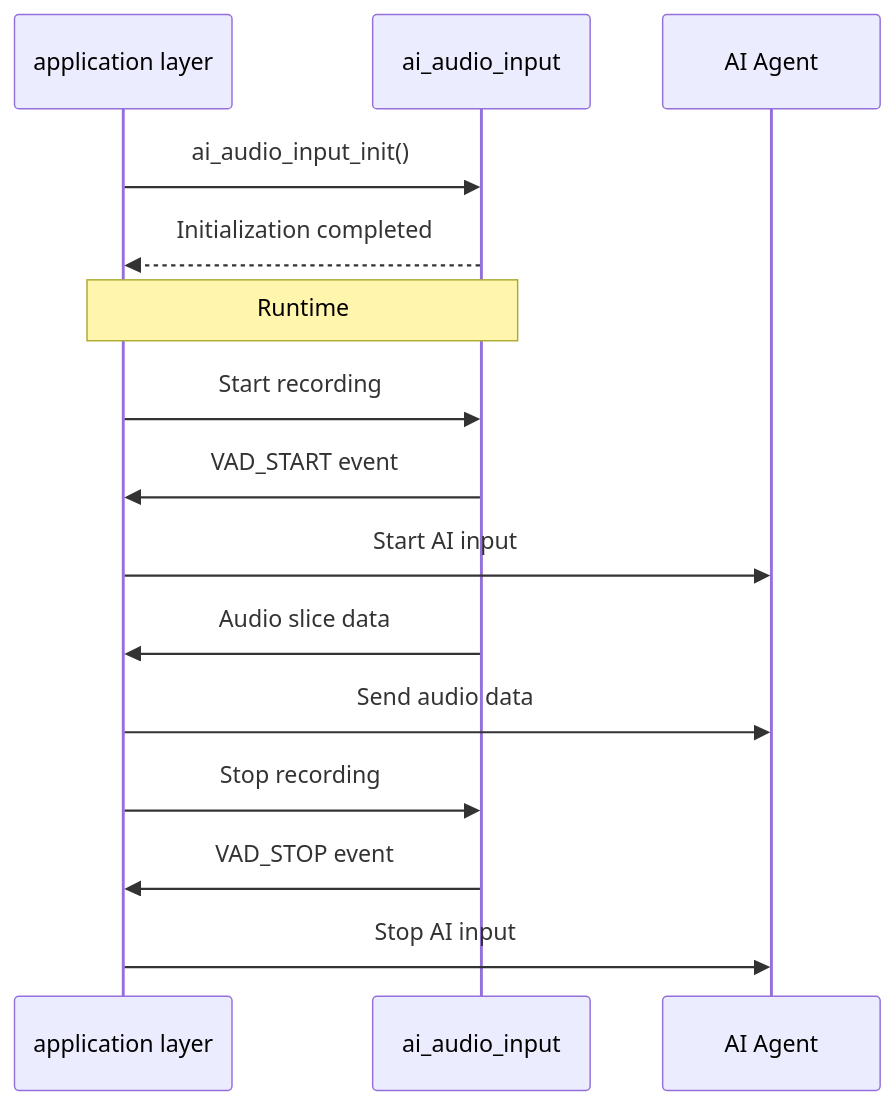
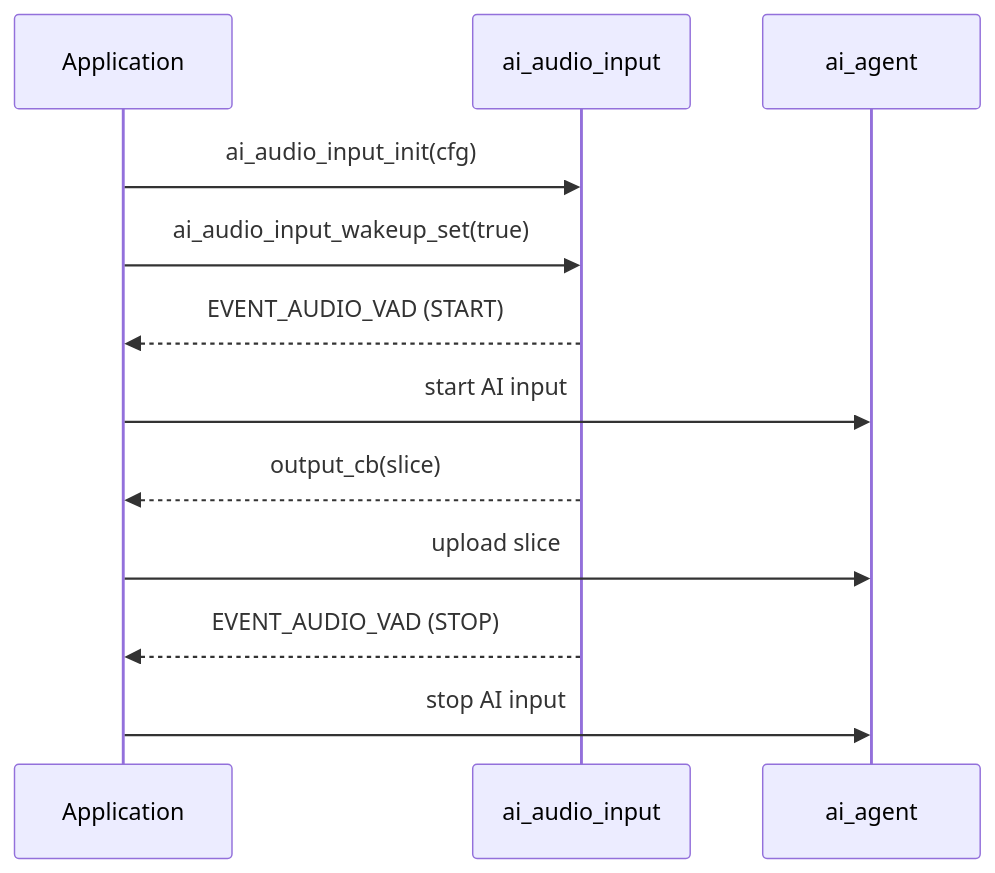
One commit to Tuya-Community/TuyaOpen.io changed the diagram in docs/cloud/device-ai/ai-components/ai-audio-input.md. Above: the diagram before and after it, drawn with Mermaid. The commit also changed other lines of this file and 365 other files, not shown here.

````diff
--- a/docs/cloud/device-ai/ai-components/ai-audio-input.md
+++ b/docs/cloud/device-ai/ai-components/ai-audio-input.md
@@ -393,22 +107,14 @@
 ```mermaid
 sequenceDiagram
-participant App as application layer
+    participant App as Application
     participant Input as ai_audio_input
-    participant Agent as AI Agent
-
-    App->>Input: ai_audio_input_init()
-Input-->>App: Initialization completed
-    
-Note over App,Input: Runtime
-    
-App->>Input: Start recording
-Input->>App: VAD_START event
-App->>Agent: Start AI input
-    
-Input->>App: Audio slice data
-App->>Agent: Send audio data
-    
-App->>Input: Stop recording
-Input->>App: VAD_STOP event
-App->>Agent: Stop AI input
+    participant Agent as ai_agent
+    App->>Input: ai_audio_input_init(cfg)
+    App->>Input: ai_audio_input_wakeup_set(true)
+    Input-->>App: EVENT_AUDIO_VAD (START)
+    App->>Agent: start AI input
+    Input-->>App: output_cb(slice)
+    App->>Agent: upload slice
+    Input-->>App: EVENT_AUDIO_VAD (STOP)
+    App->>Agent: stop AI input
 ```
````
